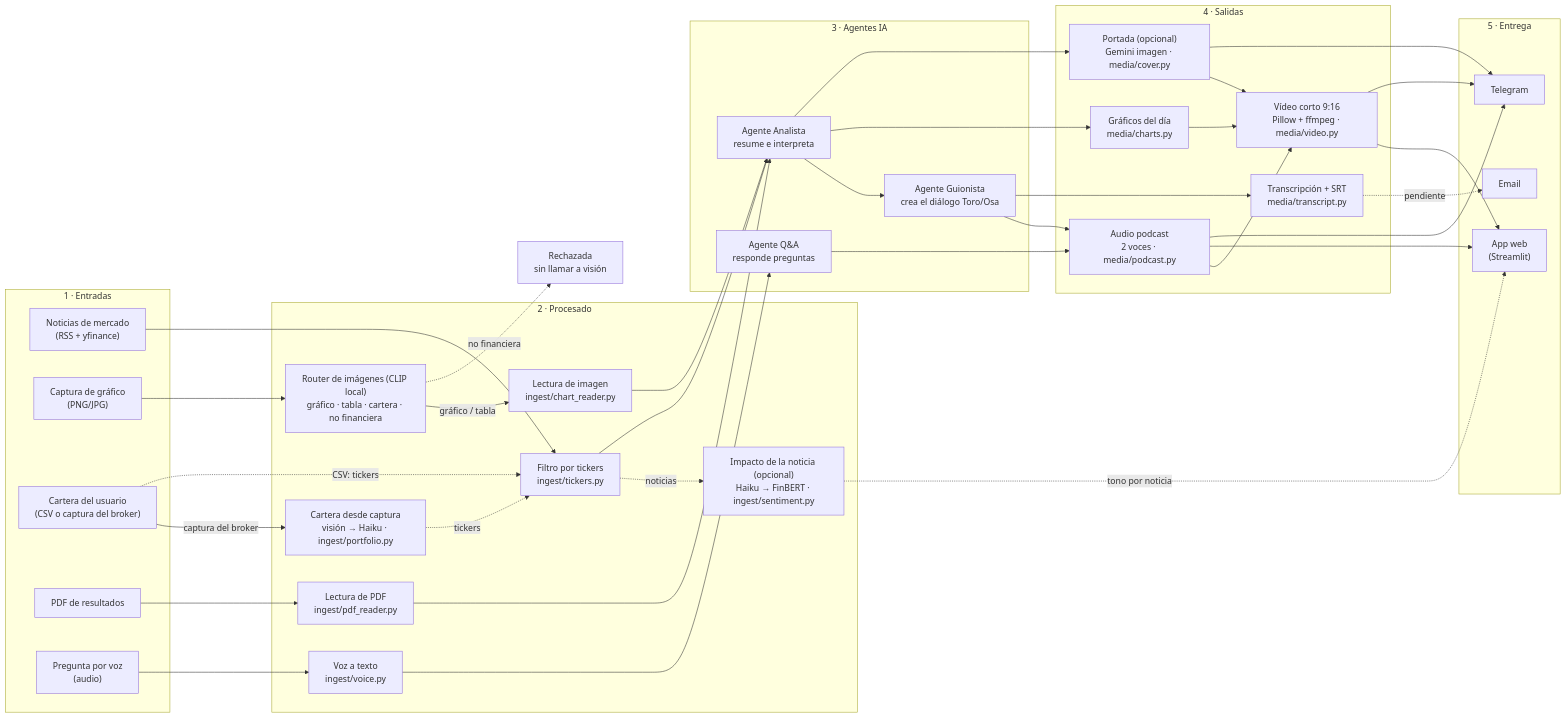
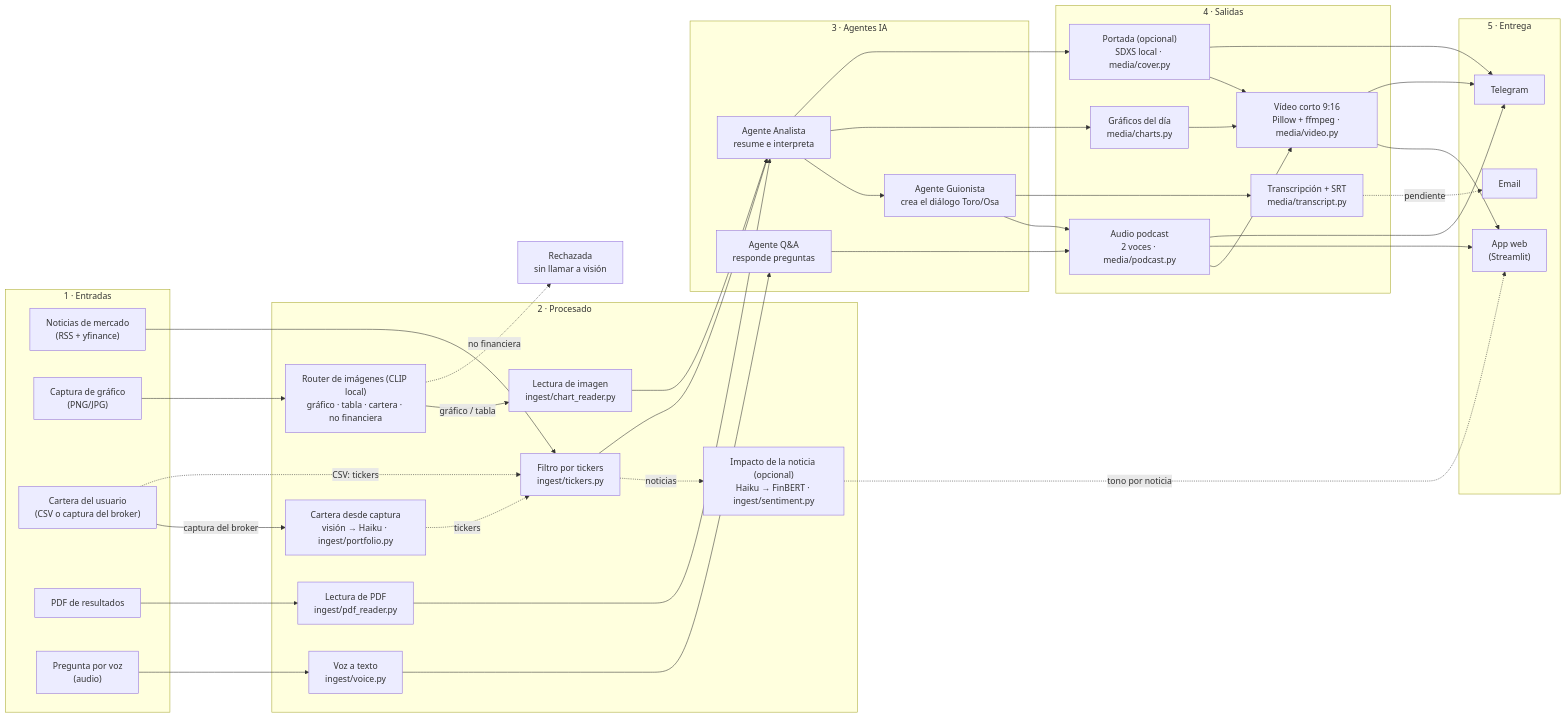
Before and after one commit to Romequinco/multimodal-market-briefer: the first of 2 diagrams in README.md, drawn with Mermaid. The commit also changed other lines of this file and 6 other files, not shown here.

Commit message:
Documentación: portada local con SDXS, Docker con modelos locales y arreglos de privacidad de la revisión

````diff
--- a/README.md
+++ b/README.md
@@ -109,74 +110,74 @@
 ```mermaid
 flowchart LR
     subgraph E["1 · Entradas"]
         N["Noticias de mercado<br/>(RSS + yfinance)"]
         G["Captura de gráfico<br/>(PNG/JPG)"]
         C["Cartera del usuario<br/>(CSV o captura del broker)"]
         P["PDF de resultados"]
         V["Pregunta por voz<br/>(audio)"]
     end
 
     subgraph PR["2 · Procesado"]
         FT["Filtro por tickers<br/>ingest/tickers.py"]
         RI["Router de imágenes (CLIP local)<br/>gráfico · tabla · cartera · no financiera"]
         LI["Lectura de imagen<br/>ingest/chart_reader.py"]
         LC["Cartera desde captura<br/>visión → Haiku · ingest/portfolio.py"]
         LP["Lectura de PDF<br/>ingest/pdf_reader.py"]
         VT["Voz a texto<br/>ingest/voice.py"]
         IM["Impacto de la noticia (opcional)<br/>Haiku → FinBERT · ingest/sentiment.py"]
     end
 
     subgraph AG["3 · Agentes IA"]
         AN["Agente Analista<br/>resume e interpreta"]
         GU["Agente Guionista<br/>crea el diálogo Toro/Osa"]
         QA["Agente Q&A<br/>responde preguntas"]
     end
 
     subgraph S["4 · Salidas"]
         GD["Gráficos del día<br/>media/charts.py"]
         AU["Audio podcast<br/>2 voces · media/podcast.py"]
         TR["Transcripción + SRT<br/>media/transcript.py"]
         VI["Vídeo corto 9:16<br/>Pillow + ffmpeg · media/video.py"]
-        PO["Portada (opcional)<br/>Gemini imagen · media/cover.py"]
+        PO["Portada (opcional)<br/>SDXS local · media/cover.py"]
     end
 
     subgraph D["5 · Entrega"]
         W["App web<br/>(Streamlit)"]
         EM["Email"]
         TG["Telegram"]
     end
 
     N --> FT
     FT -. noticias .-> IM
     G --> RI
     RI -- "gráfico / tabla" --> LI
     RI -. "no financiera" .-> RX["Rechazada<br/>sin llamar a visión"]
     C -- "captura del broker" --> LC
     LC -. tickers .-> FT
     C -. "CSV: tickers" .-> FT
     P --> LP
     V --> VT
 
     FT --> AN
     LI --> AN
     LP --> AN
     VT --> QA
 
     AN --> GU
     AN --> GD
     GU --> AU
     GU --> TR
     QA --> AU
 
     AN --> PO
     GD --> VI
     PO --> VI
     AU --> VI
     AU --> W
     VI --> W
     TR -. pendiente .-> EM
     IM -. tono por noticia .-> W
     AU --> TG
     VI --> TG
     PO --> TG
 ```
````
